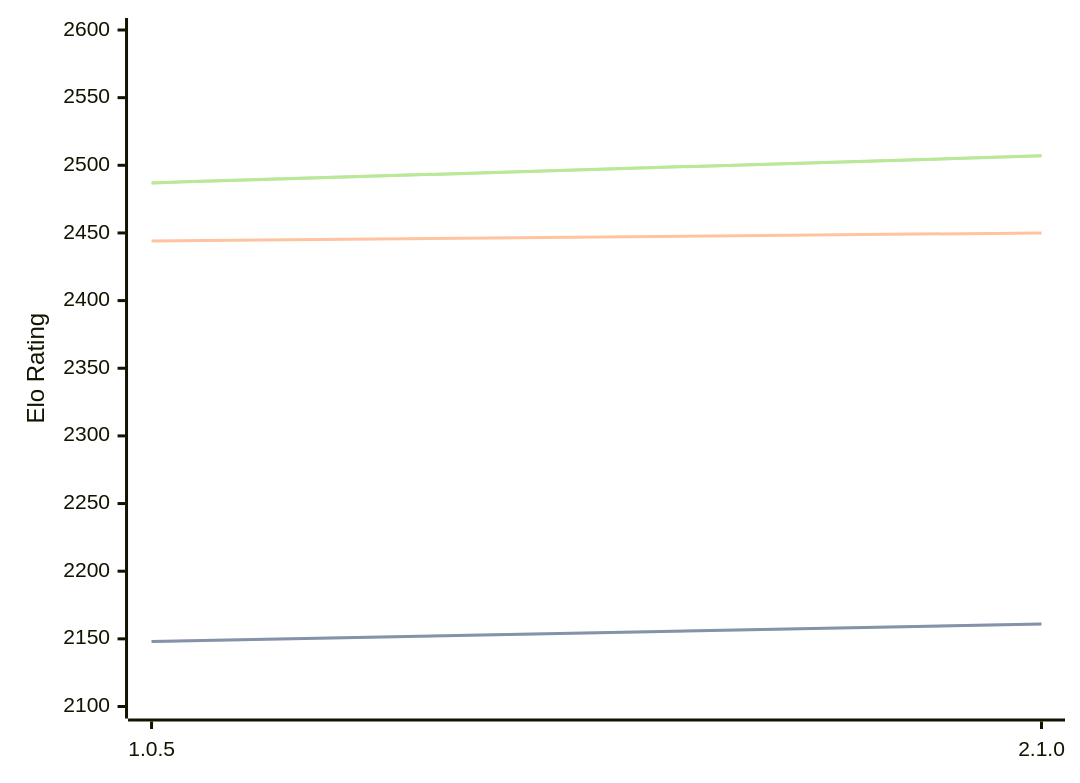
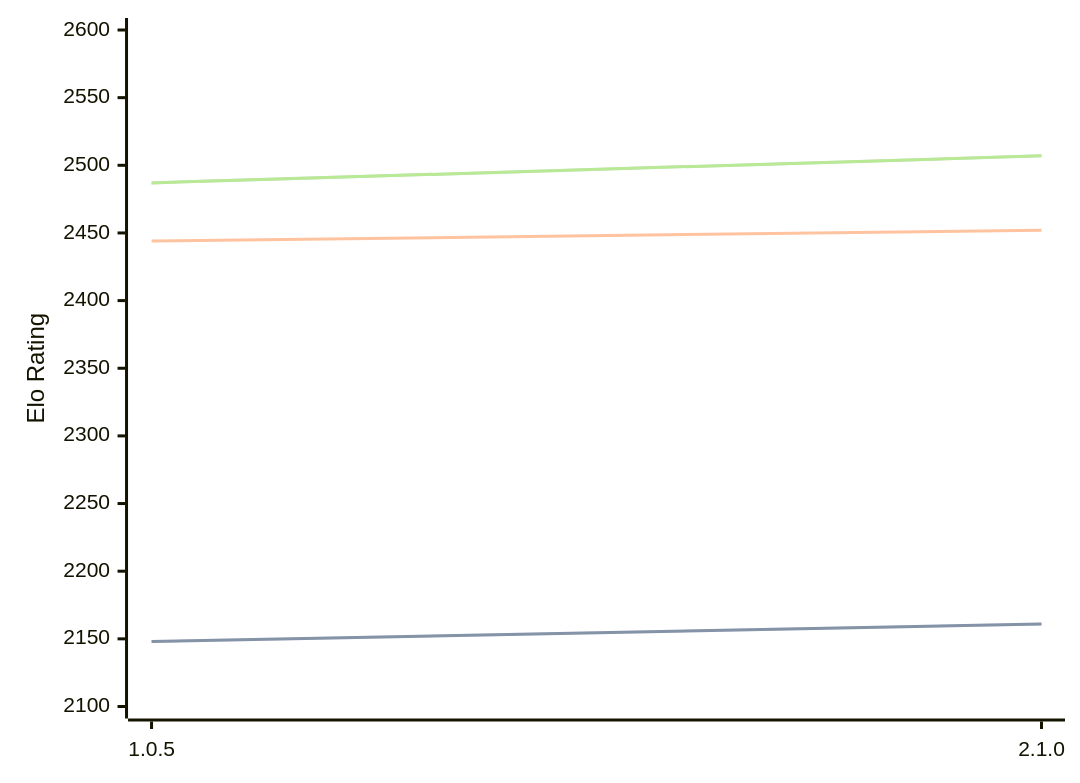
One commit to computer-chess-index/cci changed the diagram in engines/Ruffian.md. Above: the diagram before and after it, drawn with Mermaid. The commit also changed other lines of this file, not shown here.

````diff
--- a/engines/Ruffian.md
+++ b/engines/Ruffian.md
@@ -32,11 +32,11 @@
 ```mermaid
 %%{init: {"theme":"base","themeVariables":{"seriesColors:['#a3a3a3','#222221','#faa371']}}}%%
 xychart-beta
   x-axis ["1.0.5", "2.1.0"]
   y-axis "Elo Rating" 2100 --> 2600
   line "" [2148, 2161]
   line "STC (8.0+0.08s)" [2148, 2161]
-  line "LTC (60.0+0.60s)" [2444, 2450]
+  line "LTC (60.0+0.60s)" [2444, 2452]
   line "" [2487, 2507]
   line "VLTC (2m24s+1.12s)" [2487, 2507]
 ```
````
